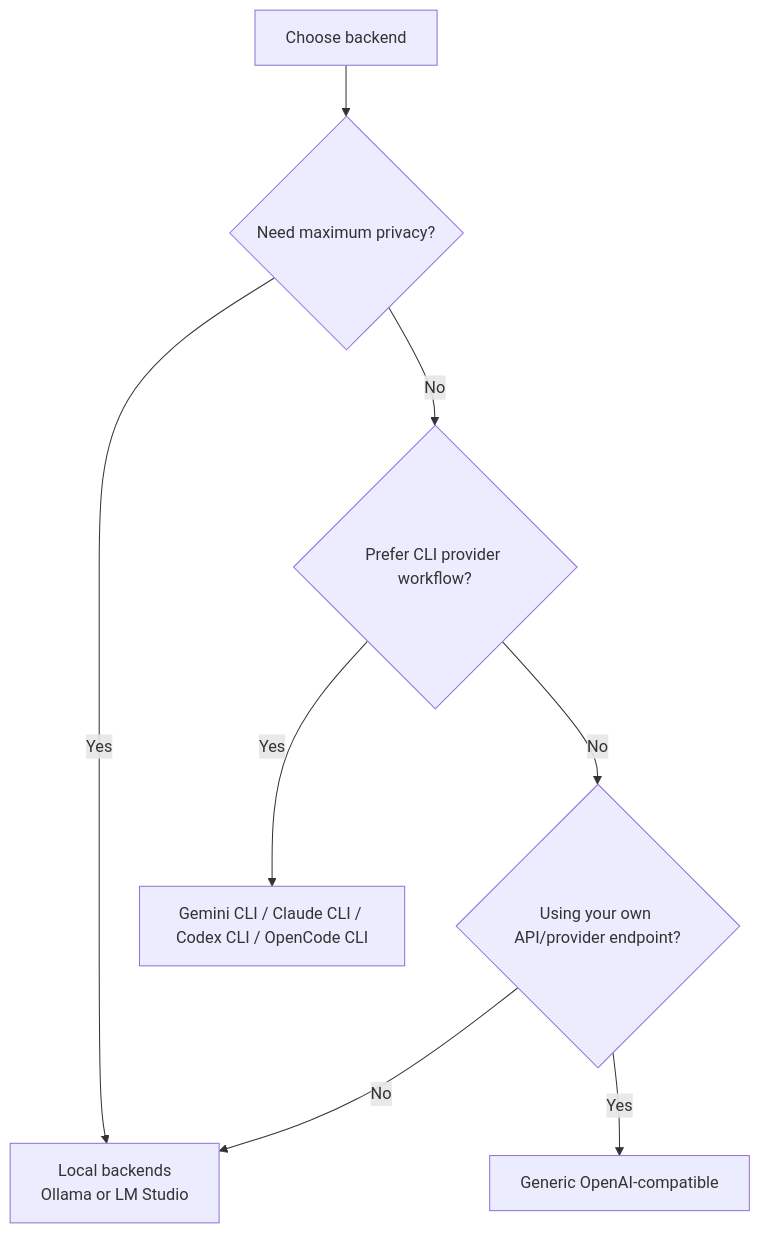
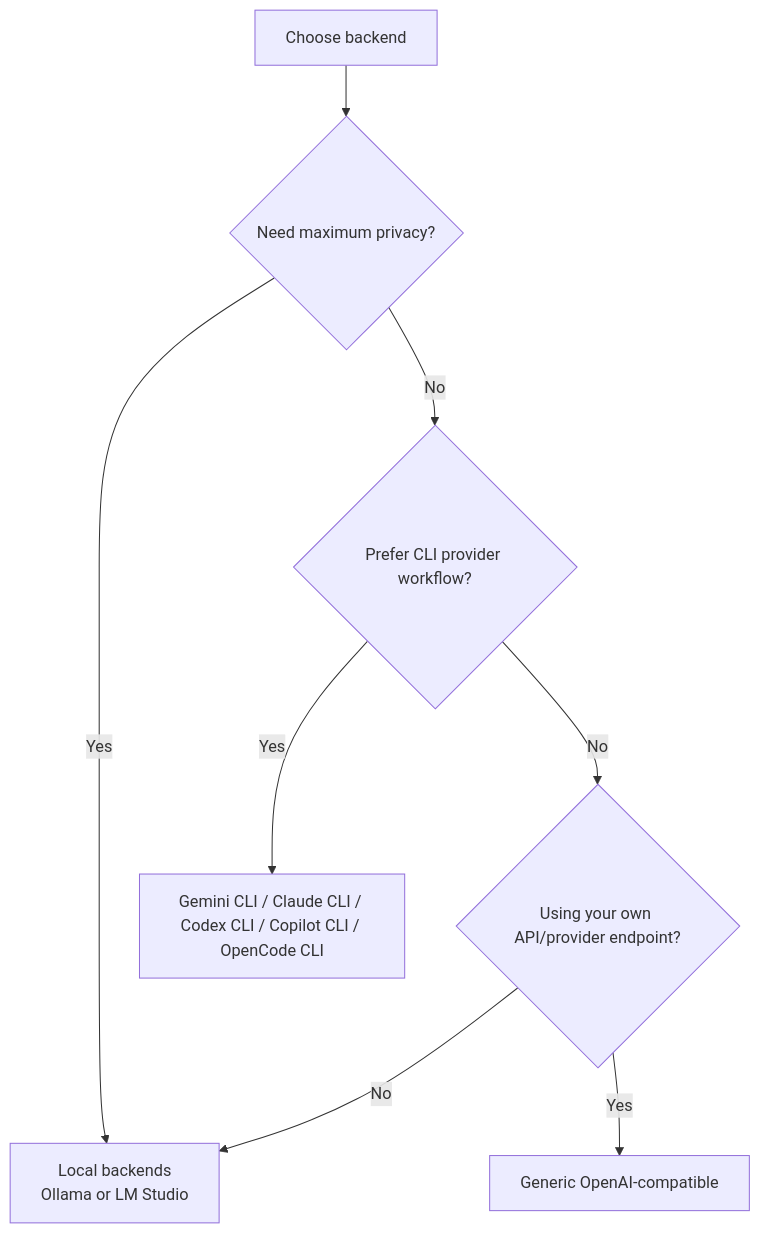
One commit to six2dez/burp-ai-agent-docs changed the diagram in backends/overview.md. Above: the diagram before and after it, drawn with Mermaid. The commit also changed other lines of this file and 43 other files, not shown here.

````diff
--- a/backends/overview.md
+++ b/backends/overview.md
@@ -7,17 +7,17 @@
 ```mermaid
 flowchart TD
     Start[Choose backend]
     Privacy{Need maximum privacy?}
     Cli{Prefer CLI provider workflow?}
     OwnApi{Using your own API/provider endpoint?}
 
     Start --> Privacy
     Privacy -->|Yes| Local[Local backends\nOllama or LM Studio]
     Privacy -->|No| Cli
 
-    Cli -->|Yes| CloudCli[Gemini CLI / Claude CLI / Codex CLI / OpenCode CLI]
+    Cli -->|Yes| CloudCli[Gemini CLI / Claude CLI / Codex CLI / Copilot CLI / OpenCode CLI]
     Cli -->|No| OwnApi
 
     OwnApi -->|Yes| Generic[Generic OpenAI-compatible]
     OwnApi -->|No| Local
 ```
````
